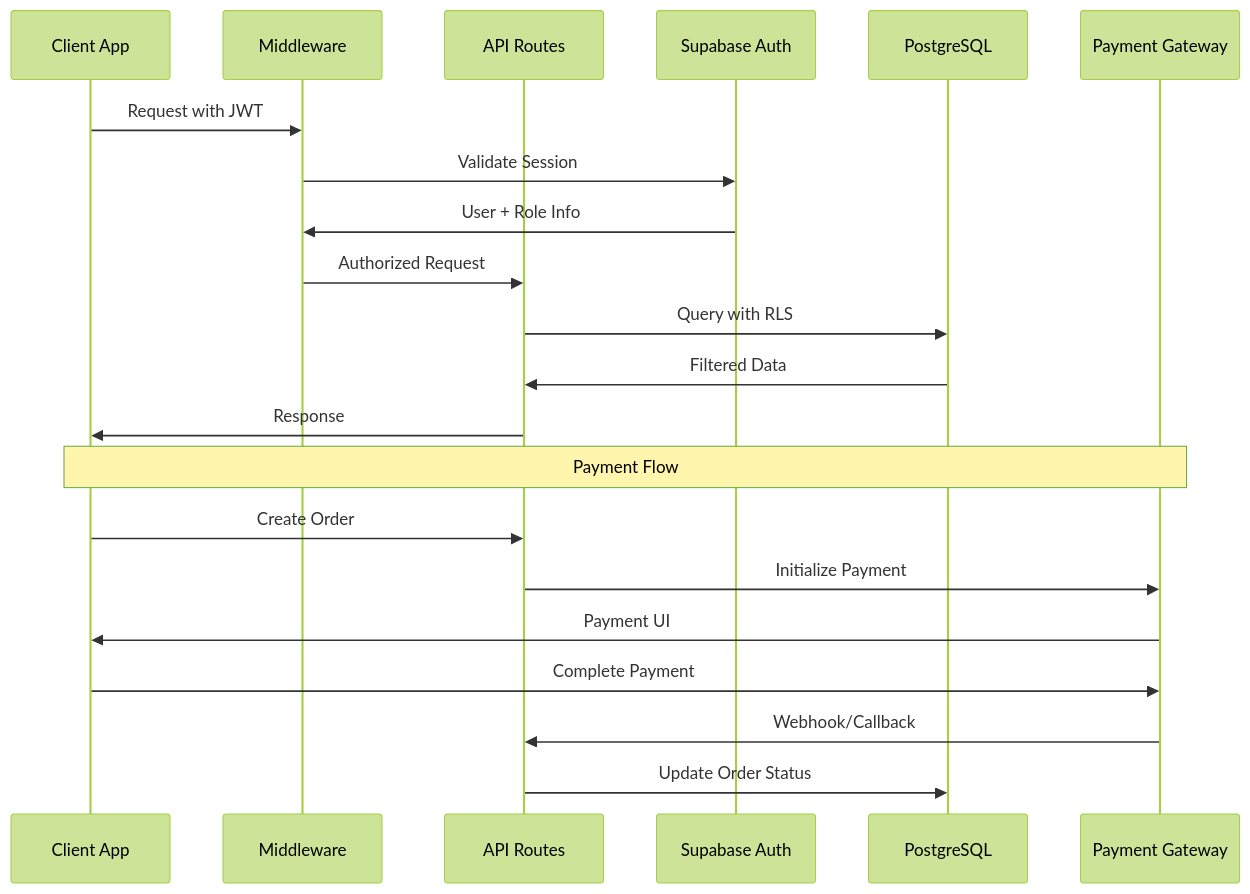
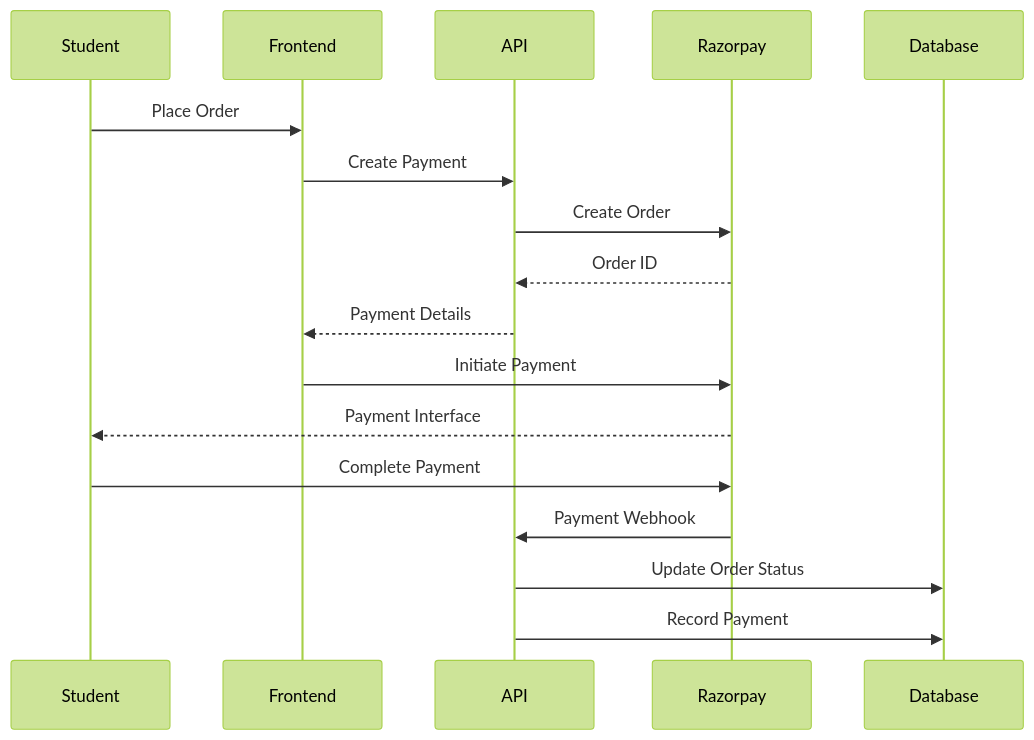
The fourth of 5 diagrams in arch.md (ArnavBallinCode/Diagram), drawn with Mermaid (forest theme) before and after one commit. The commit also changed other lines of this file, not shown here.

````diff
--- a/arch.md
+++ b/arch.md
@@ -73,25 +243,20 @@
 ```mermaid
 sequenceDiagram
-    participant Client as Client App
-    participant MW as Middleware
-    participant API as API Routes
-    participant Auth as Supabase Auth
-    participant DB as PostgreSQL
-    participant Pay as Payment Gateway
-
-    Client->>MW: Request with JWT
-    MW->>Auth: Validate Session
-    Auth->>MW: User + Role Info
-    MW->>API: Authorized Request
-    API->>DB: Query with RLS
-    DB->>API: Filtered Data
-    API->>Client: Response
-
-    Note over Client,Pay: Payment Flow
-    Client->>API: Create Order
-    API->>Pay: Initialize Payment
-    Pay->>Client: Payment UI
-    Client->>Pay: Complete Payment
-    Pay->>API: Webhook/Callback
-    API->>DB: Update Order Status
+    participant Student
+    participant Frontend
+    participant API
+    participant Razorpay
+    participant Database
+    
+    Student->>Frontend: Place Order
+    Frontend->>API: Create Payment
+    API->>Razorpay: Create Order
+    Razorpay-->>API: Order ID
+    API-->>Frontend: Payment Details
+    Frontend->>Razorpay: Initiate Payment
+    Razorpay-->>Student: Payment Interface
+    Student->>Razorpay: Complete Payment
+    Razorpay->>API: Payment Webhook
+    API->>Database: Update Order Status
+    API->>Database: Record Payment
 ```
````
